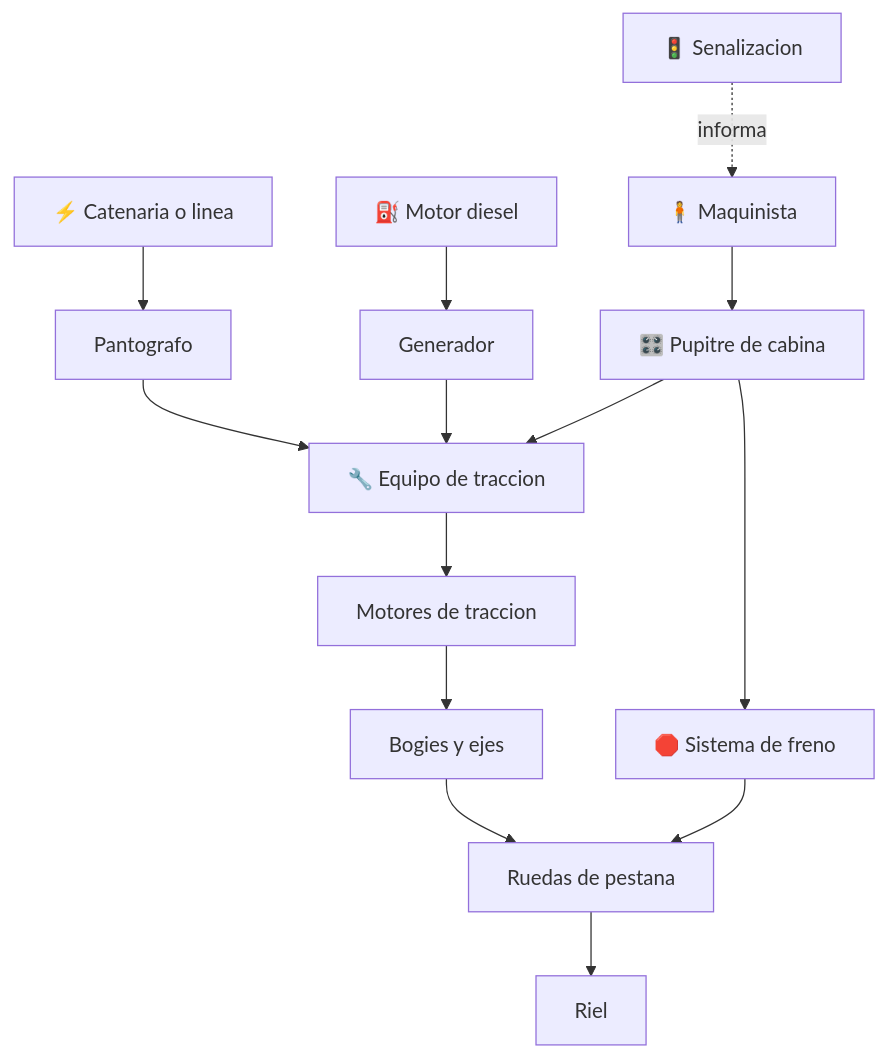
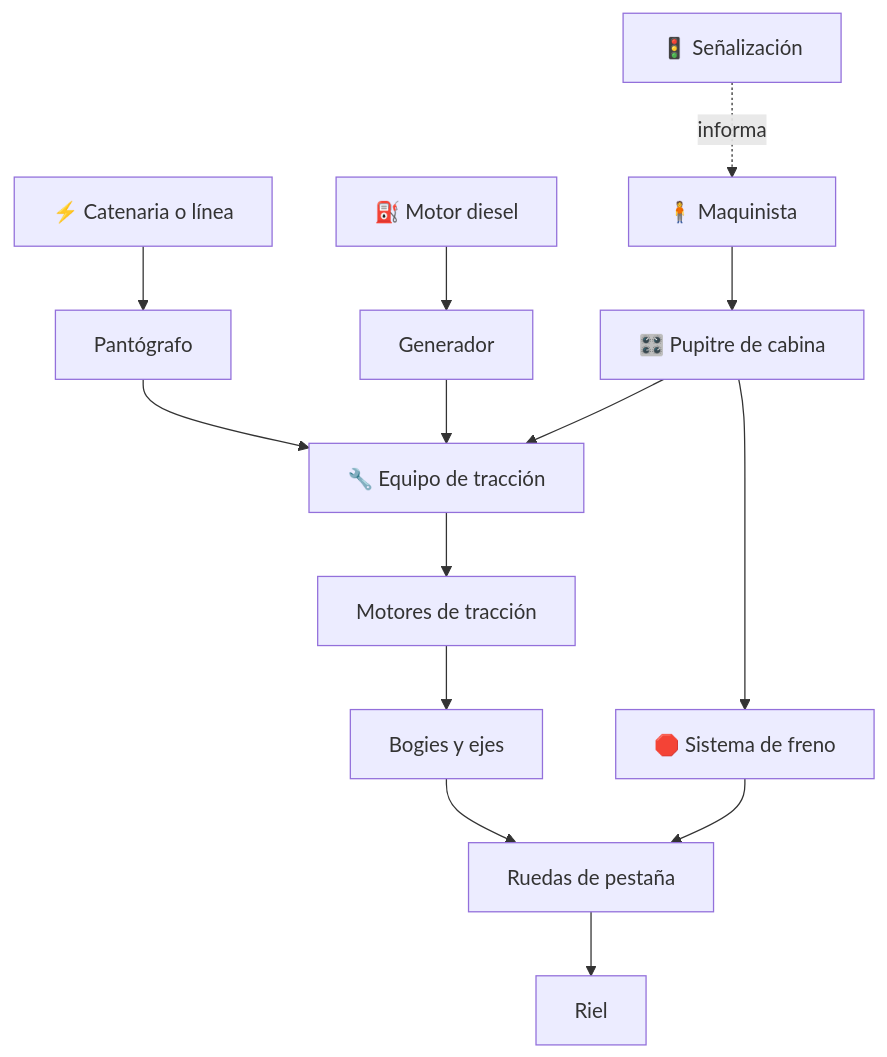
The diagram in vehiculos/tren-pasajeros/README.md (vladimiracunadev-create/machine-operator-program), drawn with Mermaid before and after one commit. The commit also changed other lines of this file and 442 other files, not shown here.

````diff
--- a/vehiculos/tren-pasajeros/README.md
+++ b/vehiculos/tren-pasajeros/README.md
@@ -32,16 +32,16 @@
 ```mermaid
 flowchart TD
-    Catenaria[⚡ Catenaria o linea] --> Pantografo[Pantografo]
-    Pantografo --> Traccion[🔧 Equipo de traccion]
+    Catenaria[⚡ Catenaria o línea] --> Pantografo[Pantógrafo]
+    Pantografo --> Traccion[🔧 Equipo de tracción]
     Diesel[⛽ Motor diesel] --> Generador[Generador]
     Generador --> Traccion
-    Traccion --> Motores[Motores de traccion]
+    Traccion --> Motores[Motores de tracción]
     Motores --> Bogies[Bogies y ejes]
-    Bogies --> Ruedas[Ruedas de pestana]
+    Bogies --> Ruedas[Ruedas de pestaña]
     Ruedas --> Riel[Riel]
     Pupitre[🎛️ Pupitre de cabina] --> Traccion
     Pupitre --> Freno[🛑 Sistema de freno]
     Freno --> Ruedas
-    Senales[🚦 Senalizacion] -. informa .-> Maquinista[🧍 Maquinista]
+    Senales[🚦 Señalización] -. informa .-> Maquinista[🧍 Maquinista]
     Maquinista --> Pupitre
 ```
````
